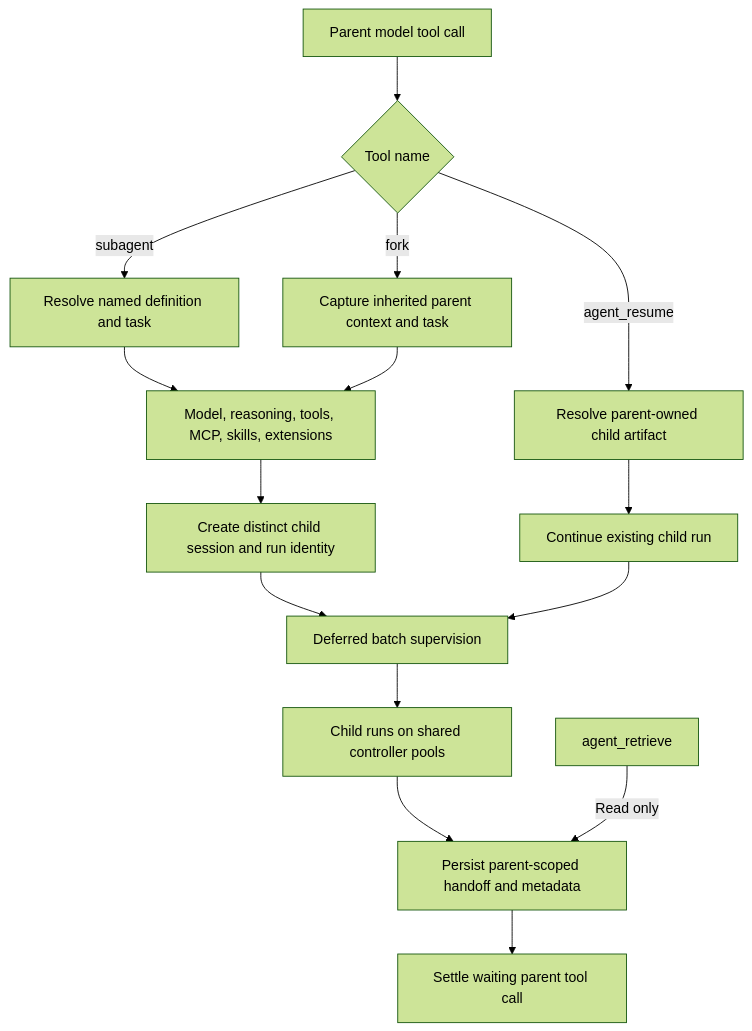
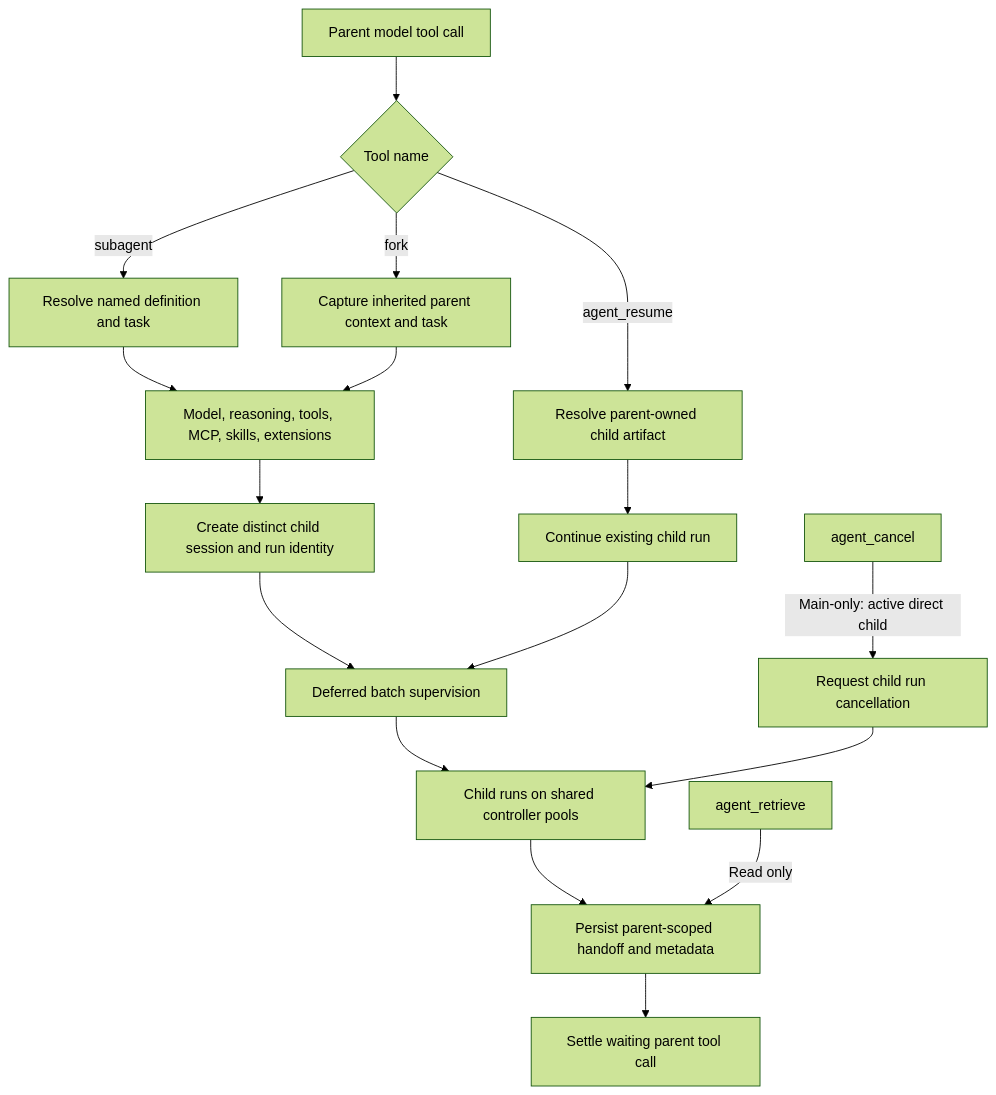
One commit to ineersa/agent-core changed the second of 5 diagrams in architecture/extensions-and-agents.md. Above: the diagram before and after it, drawn with Mermaid (forest theme). The commit also changed other lines of this file and 86 other files, not shown here.

First line of the commit message:
Fix documentation drift and expand architecture diagrams

````diff
--- a/architecture/extensions-and-agents.md
+++ b/architecture/extensions-and-agents.md
@@ -93,17 +93,19 @@
 ```mermaid
 flowchart TD
     Parent[Parent model tool call] --> Kind{Tool name}
     Kind -->|subagent| Definition[Resolve named definition and task]
     Kind -->|agent_resume| Existing[Resolve parent-owned child artifact]
     Kind -->|fork| Snapshot[Capture inherited parent context and task]
     Definition --> Policy[Model, reasoning, tools, MCP, skills, extensions]
     Snapshot --> Policy
     Existing --> Resume[Continue existing child run]
     Policy --> Create[Create distinct child session and run identity]
     Create --> Deferred[Deferred batch supervision]
     Resume --> Deferred
     Deferred --> Execute[Child runs on shared controller pools]
     Execute --> Artifact[Persist parent-scoped handoff and metadata]
     Artifact --> Settle[Settle waiting parent tool call]
     Retrieve[agent_retrieve] -->|Read only| Artifact
+    Cancel[agent_cancel] -->|"Main-only: active direct child"| Stop[Request child run cancellation]
+    Stop --> Execute
 ```
````
